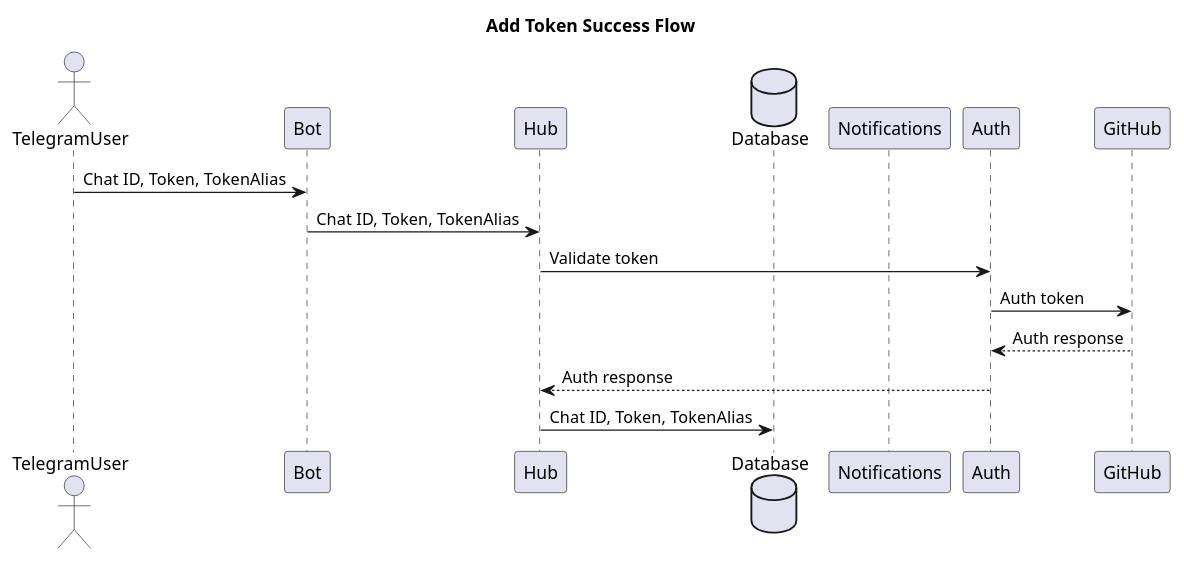
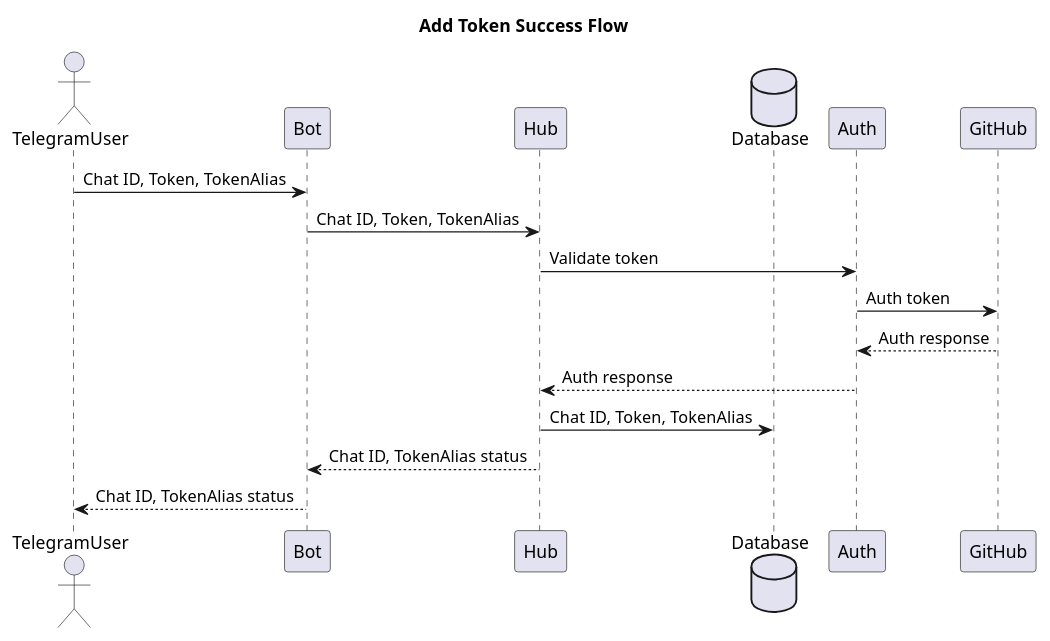
Before and after one commit to Blamer-io/bot: the diagram in diagrams/add-token.puml, drawn with PlantUML. The commit also changed 1 other file, not shown here.

Commit message:
more clean diagrams

```diff
--- a/diagrams/add-token.puml
+++ b/diagrams/add-token.puml
@@ -1,18 +1,19 @@
 @startuml
 title Add Token Success Flow
 actor       TelegramUser as user
 participant Bot as bot
 participant Hub as hub
 database    Database    as db
-participant Notifications as notifications
 participant Auth as auth
 participant GitHub as github
 
 user -> bot : Chat ID, Token, TokenAlias
 bot -> hub : Chat ID, Token, TokenAlias
 hub -> auth: Validate token
 auth -> github: Auth token
 github --> auth: Auth response
 auth --> hub: Auth response
 hub -> db: Chat ID, Token, TokenAlias
+hub --> bot: Chat ID, TokenAlias status
+bot --> user: Chat ID, TokenAlias status
 @enduml
```
